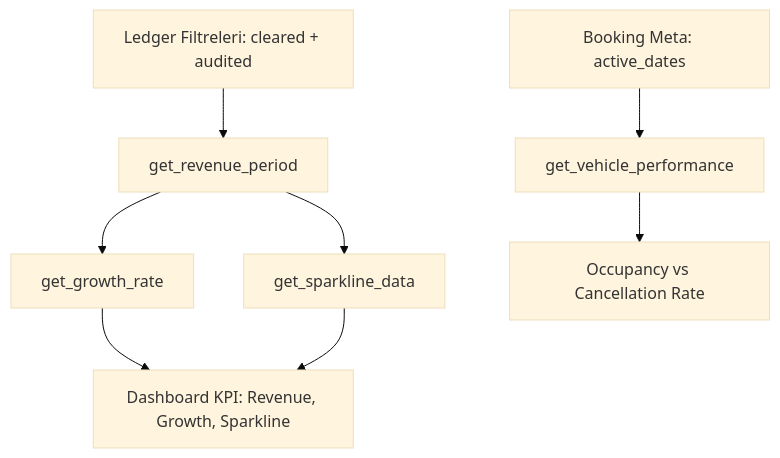
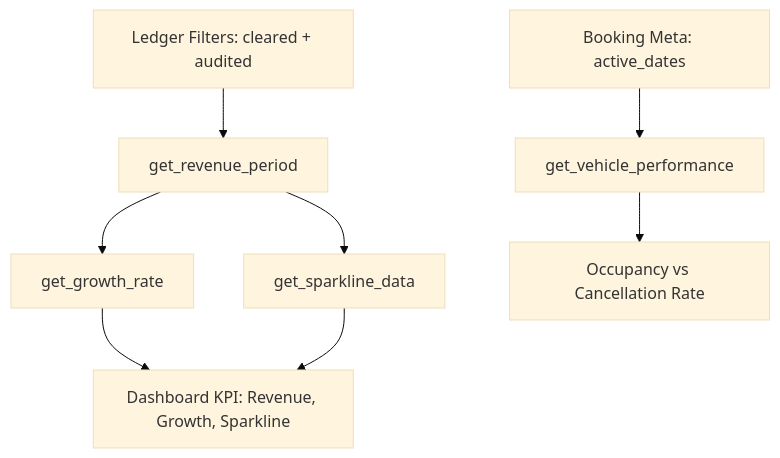
Before and after one commit to MaxHandMade/mhm-rentiva-docs: the diagram in docs/04-developer/financial/financial-analytics-metrics.md, drawn with Mermaid (base theme). The commit also changed other lines of this file and 347 other files, not shown here.

````diff
--- a/docs/04-developer/financial/financial-analytics-metrics.md
+++ b/docs/04-developer/financial/financial-analytics-metrics.md
@@ -53,11 +53,11 @@
 ```mermaid
 graph TD
-    A[Ledger Filtreleri: cleared + audited] --> B[get_revenue_period]
+    A[Ledger Filters: cleared + audited] --> B[get_revenue_period]
     B --> C[get_growth_rate]
     B --> D[get_sparkline_data]
     C --> E[Dashboard KPI: Revenue, Growth, Sparkline]
     D --> E
     
     F[Booking Meta: active_dates] --> G[get_vehicle_performance]
     G --> H[Occupancy vs Cancellation Rate]
 ```
````
